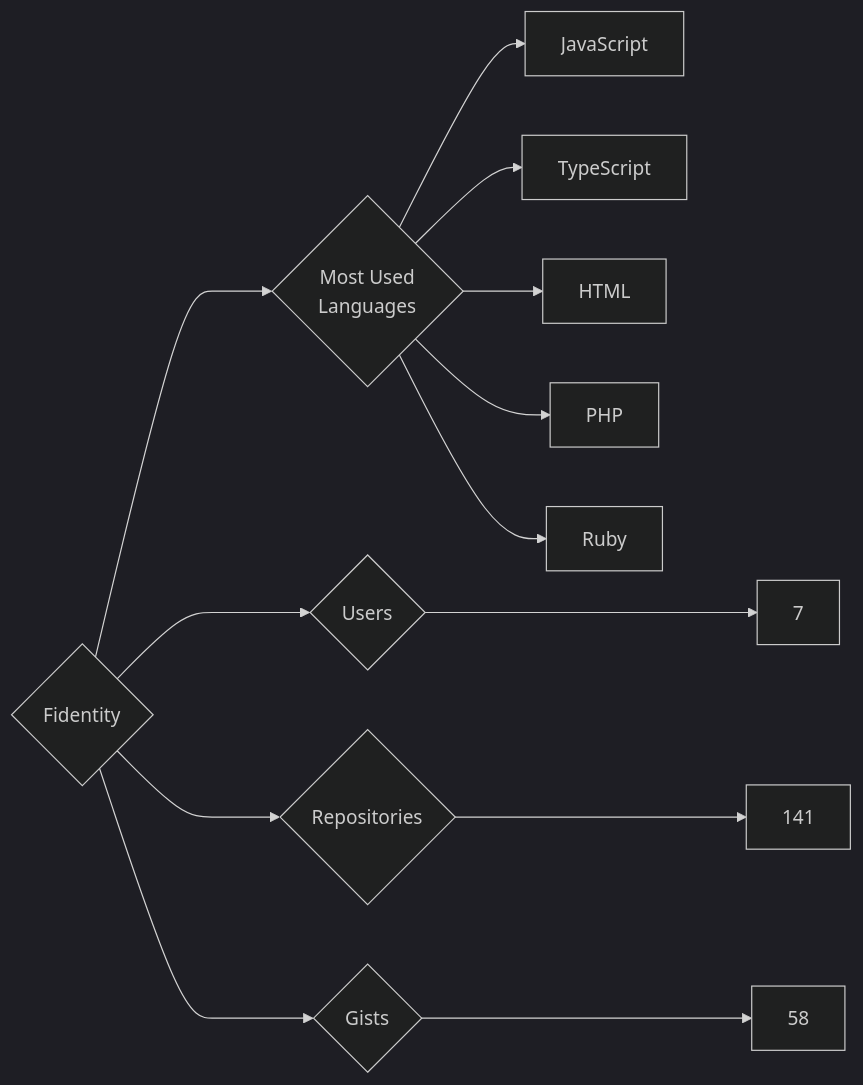
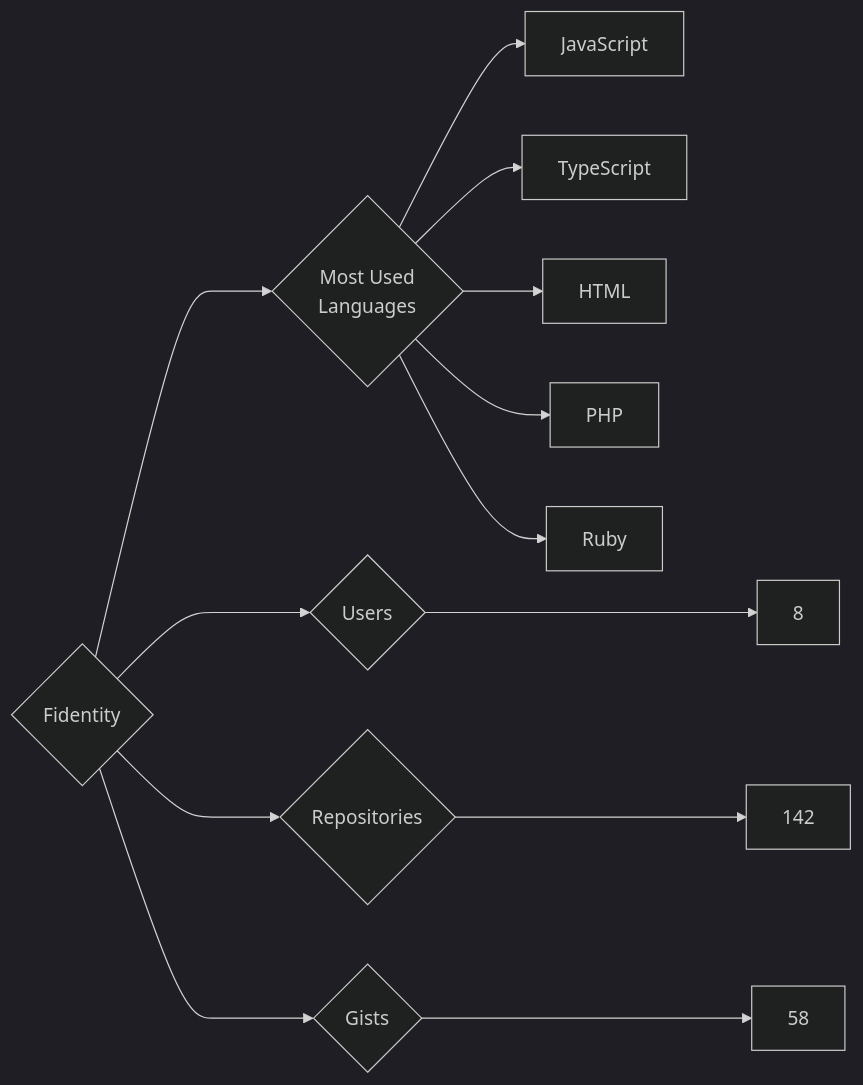
The diagram in targets/Fidentity/README.md (trickest/insiders), drawn with Mermaid (dark theme) before and after one commit. The commit also changed 618 other files, not shown here.

````diff
--- a/targets/Fidentity/README.md
+++ b/targets/Fidentity/README.md
@@ -3,13 +3,13 @@
 ```mermaid
 graph LR
 COMPANY_NAME{Fidentity}
-COMPANY_NAME ---> U{Users} ---> UN[7]
-COMPANY_NAME ---> R{Repositories} ---> RN[141]
+COMPANY_NAME ---> U{Users} ---> UN[8]
+COMPANY_NAME ---> R{Repositories} ---> RN[142]
 COMPANY_NAME ---> G{Gists} ---> GN[58]
 COMPANY_NAME ---> ML{Most Used<br>Languages}
 ML --> JavaScript[JavaScript]
 ML --> TypeScript[TypeScript]
 ML --> HTML[HTML]
 ML --> PHP[PHP]
 ML --> Ruby[Ruby]
 ```
````
